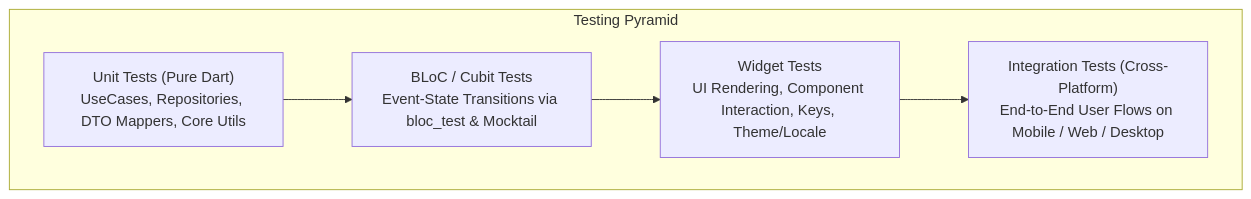
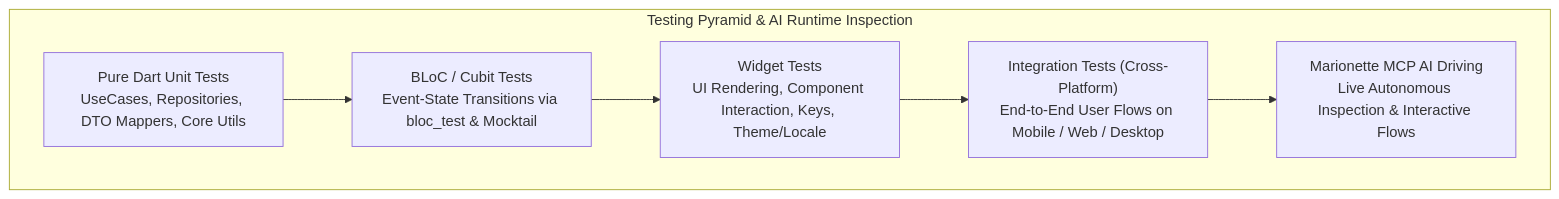
The diagram in .agents/skills/testing/testing-hub/SKILL.md (Vurarddo/flutter_agents), drawn with Mermaid before and after one commit. The commit also changed other lines of this file and 38 other files, not shown here.

Commit message:
feat(skills): add design skillset (stitch, figma, design-to-flutter) and marionette AI testing skills

````diff
--- a/.agents/skills/testing/testing-hub/SKILL.md
+++ b/.agents/skills/testing/testing-hub/SKILL.md
@@ -12,11 +12,12 @@
 ```mermaid
 flowchart TD
-    subgraph TestingPyramid["Testing Pyramid"]
+    subgraph TestingPyramid["Testing Pyramid & AI Runtime Inspection"]
+        Marionette["Marionette MCP AI Driving<br/>Live Autonomous Inspection & Interactive Flows"]
         E2E["Integration Tests (Cross-Platform)<br/>End-to-End User Flows on Mobile / Web / Desktop"]
         Widget["Widget Tests<br/>UI Rendering, Component Interaction, Keys, Theme/Locale"]
         Bloc["BLoC / Cubit Tests<br/>Event-State Transitions via bloc_test & Mocktail"]
-        Unit["Unit Tests (Pure Dart)<br/>UseCases, Repositories, DTO Mappers, Core Utils"]
+        Unit["Pure Dart Unit Tests<br/>UseCases, Repositories, DTO Mappers, Core Utils"]
     end
 
-    Unit --> Bloc --> Widget --> E2E
+    Unit --> Bloc --> Widget --> E2E --> Marionette
 ```
````
